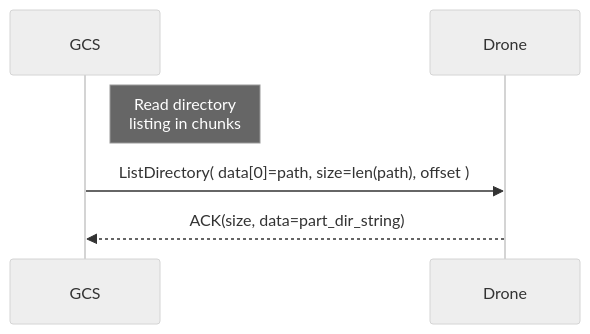
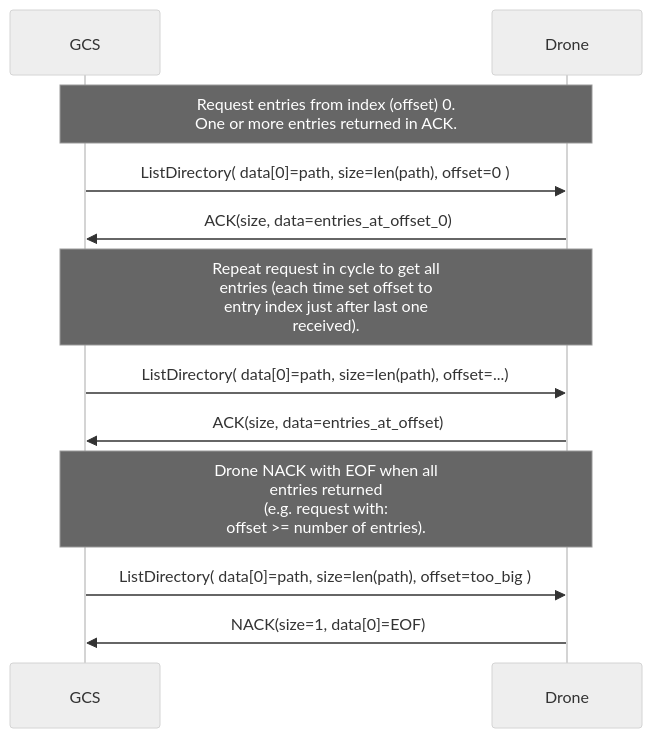
The fifth of 7 diagrams in en/services/ftp.md (mavlink/mavlink-devguide), drawn with Mermaid (neutral theme) before and after one commit. The commit also changed other lines of this file, not shown here.

Commit message:
FTP service: Clarify ListDirectory (#202)

```diff
--- a/en/services/ftp.md
+++ b/en/services/ftp.md
@@ -292,8 +292,14 @@
 {% mermaid %}
 sequenceDiagram;
     participant GCS
     participant Drone
-    Note right of GCS: Read directory<br>listing in chunks
-    GCS->>Drone:  ListDirectory( data[0]=path, size=len(path), offset )
-    Drone-->>GCS: ACK(size, data=part_dir_string)
+    Note over GCS,Drone: Request entries from index (offset) 0.<br>One or more entries returned in ACK.
+    GCS->>Drone: ListDirectory( data[0]=path, size=len(path), offset=0 )
+    Drone->>GCS: ACK(size, data=entries_at_offset_0)
+    Note over GCS,Drone: Repeat request in cycle to get all<br>entries (each time set offset to<br>entry index just after last one<br>received).
+    GCS->>Drone: ListDirectory( data[0]=path, size=len(path), offset=...)
+    Drone->>GCS: ACK(size, data=entries_at_offset)
+    Note over GCS,Drone: Drone NACK with EOF when all<br>entries returned<br>(e.g. request with:<br>offset >= number of entries).
+    GCS->>Drone:  ListDirectory( data[0]=path, size=len(path), offset=too_big )
+    Drone->>GCS: NACK(size=1, data[0]=EOF)
 {% endmermaid %}
```
